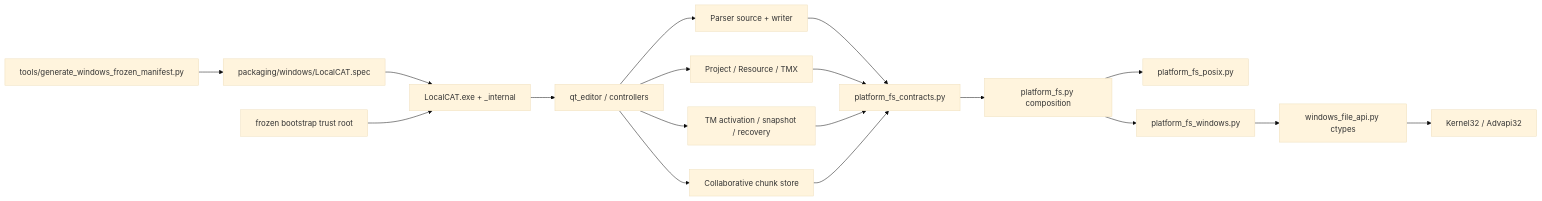
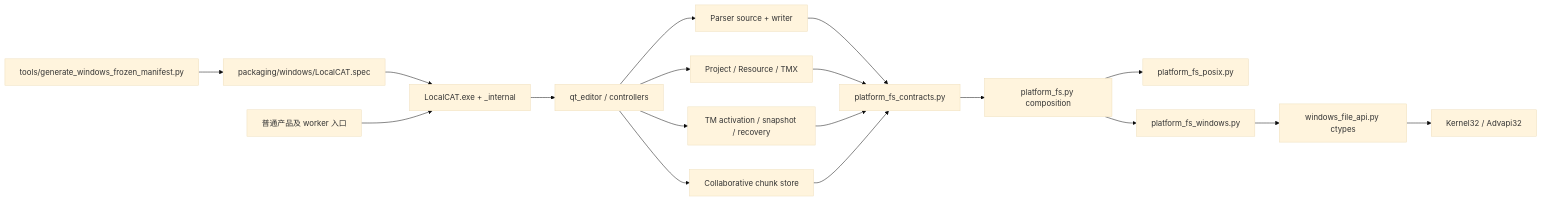
One commit to BeFringe/LocalCAT changed the first of 4 diagrams in .kiro/specs/windows-platform-enablement/design.md. Above: the diagram before and after it, drawn with Mermaid (base theme). The commit also changed other lines of this file and 31 other files, not shown here.

````diff
--- a/.kiro/specs/windows-platform-enablement/design.md
+++ b/.kiro/specs/windows-platform-enablement/design.md
@@ -88,36 +88,36 @@
 ```mermaid
 flowchart LR
     UI[qt_editor / controllers]
     PARSER[Parser source + writer]
     PROJECT[Project / Resource / TMX]
     TM[TM activation / snapshot / recovery]
     CHUNK[Collaborative chunk store]
 
     CONTRACTS[platform_fs_contracts.py]
     COMPOSE[platform_fs.py composition]
     POSIX[platform_fs_posix.py]
     WIN[platform_fs_windows.py]
     WINAPI[windows_file_api.py ctypes]
 
     UI --> PARSER
     UI --> PROJECT
     UI --> TM
     UI --> CHUNK
     PARSER --> CONTRACTS
     PROJECT --> CONTRACTS
     TM --> CONTRACTS
     CHUNK --> CONTRACTS
     CONTRACTS --> COMPOSE
     COMPOSE --> POSIX
     COMPOSE --> WIN
     WIN --> WINAPI
     WINAPI --> K32[Kernel32 / Advapi32]
 
-    BOOT[frozen bootstrap trust root]
+    BOOT[普通产品及 worker 入口]
     MANIFEST[tools/generate_windows_frozen_manifest.py]
     SPEC[packaging/windows/LocalCAT.spec]
     DIST[LocalCAT.exe + _internal]
     MANIFEST --> SPEC --> DIST
     BOOT --> DIST
     DIST --> UI
 ```
````
